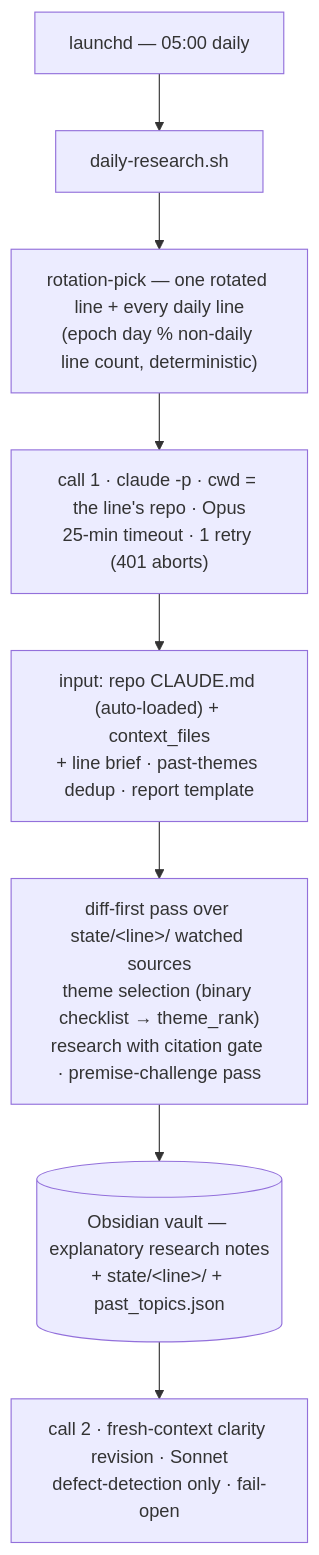
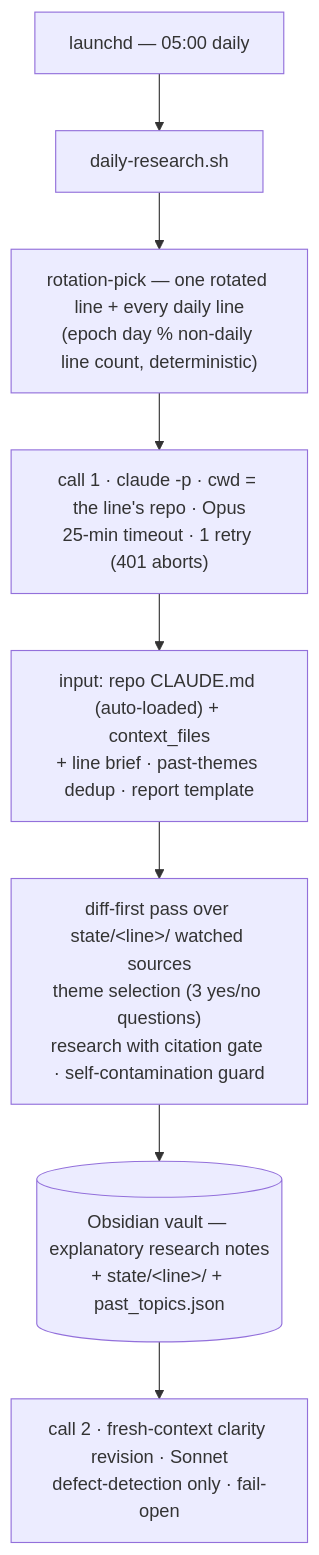
One commit to shimo4228/daily-research changed the diagram in README.md. Above: the diagram before and after it, drawn with Mermaid. The commit also changed other lines of this file and 21 other files, not shown here.

````diff
--- a/README.md
+++ b/README.md
@@ -15,10 +15,10 @@
 ```mermaid
 flowchart TD
     cron["launchd — 05:00 daily"] --> orch["daily-research.sh"]
     orch --> pick["rotation-pick — one rotated line + every daily line<br/>(epoch day % non-daily line count, deterministic)"]
     pick --> loop["call 1 · claude -p · cwd = the line's repo · Opus<br/>25-min timeout · 1 retry (401 aborts)"]
     loop --> ctx["input: repo CLAUDE.md (auto-loaded) + context_files<br/>+ line brief · past-themes dedup · report template"]
-    ctx --> run["diff-first pass over state/&lt;line&gt;/ watched sources<br/>theme selection (binary checklist → theme_rank)<br/>research with citation gate · premise-challenge pass"]
+    ctx --> run["diff-first pass over state/&lt;line&gt;/ watched sources<br/>theme selection (3 yes/no questions)<br/>research with citation gate · self-contamination guard"]
     run --> out[("Obsidian vault — explanatory research notes<br/>+ state/&lt;line&gt;/ + past_topics.json")]
     out --> clarity["call 2 · fresh-context clarity revision · Sonnet<br/>defect-detection only · fail-open"]
 ```
````
